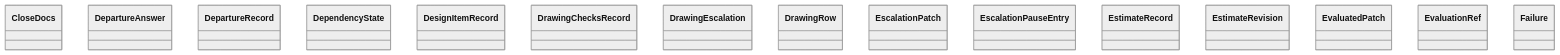
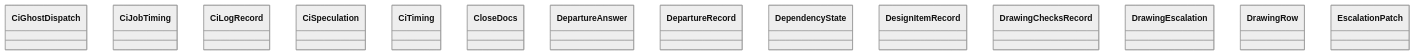
Before and after one commit to GonzaloZevallos/agentic-system: the diagram in docs/architecture/generated/classes-process-domain-state-5.md, drawn with Mermaid (neutral theme). The commit also changed other lines of this file and 31 other files, not shown here.

Commit message:
Regenerate the architecture docs and pin the graph tests' flow without a draft validator

````diff
--- a/docs/architecture/generated/classes-process-domain-state-5.md
+++ b/docs/architecture/generated/classes-process-domain-state-5.md
@@ -31,18 +32,17 @@
 ```mermaid
 classDiagram
+    class task__CiGhostDispatch["CiGhostDispatch"]
+    class task__CiJobTiming["CiJobTiming"]
+    class task__CiLogRecord["CiLogRecord"]
+    class task__CiSpeculation["CiSpeculation"]
+    class task__CiTiming["CiTiming"]
     class task__CloseDocs["CloseDocs"]
     class task__DepartureAnswer["DepartureAnswer"]
     class task__DepartureRecord["DepartureRecord"]
     class task__DependencyState["DependencyState"]
     class task__DesignItemRecord["DesignItemRecord"]
     class task__DrawingChecksRecord["DrawingChecksRecord"]
     class task__DrawingEscalation["DrawingEscalation"]
     class task__DrawingRow["DrawingRow"]
     class task__EscalationPatch["EscalationPatch"]
-    class task__EscalationPauseEntry["EscalationPauseEntry"]
-    class task__EstimateRecord["EstimateRecord"]
-    class task__EstimateRevision["EstimateRevision"]
-    class task__EvaluatedPatch["EvaluatedPatch"]
-    class task__EvaluationRef["EvaluationRef"]
-    class task__Failure["Failure"]
 ```
````
